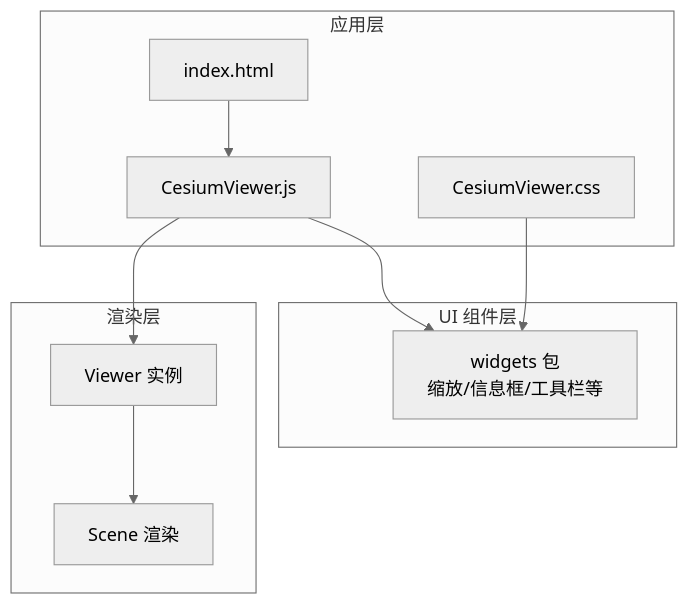
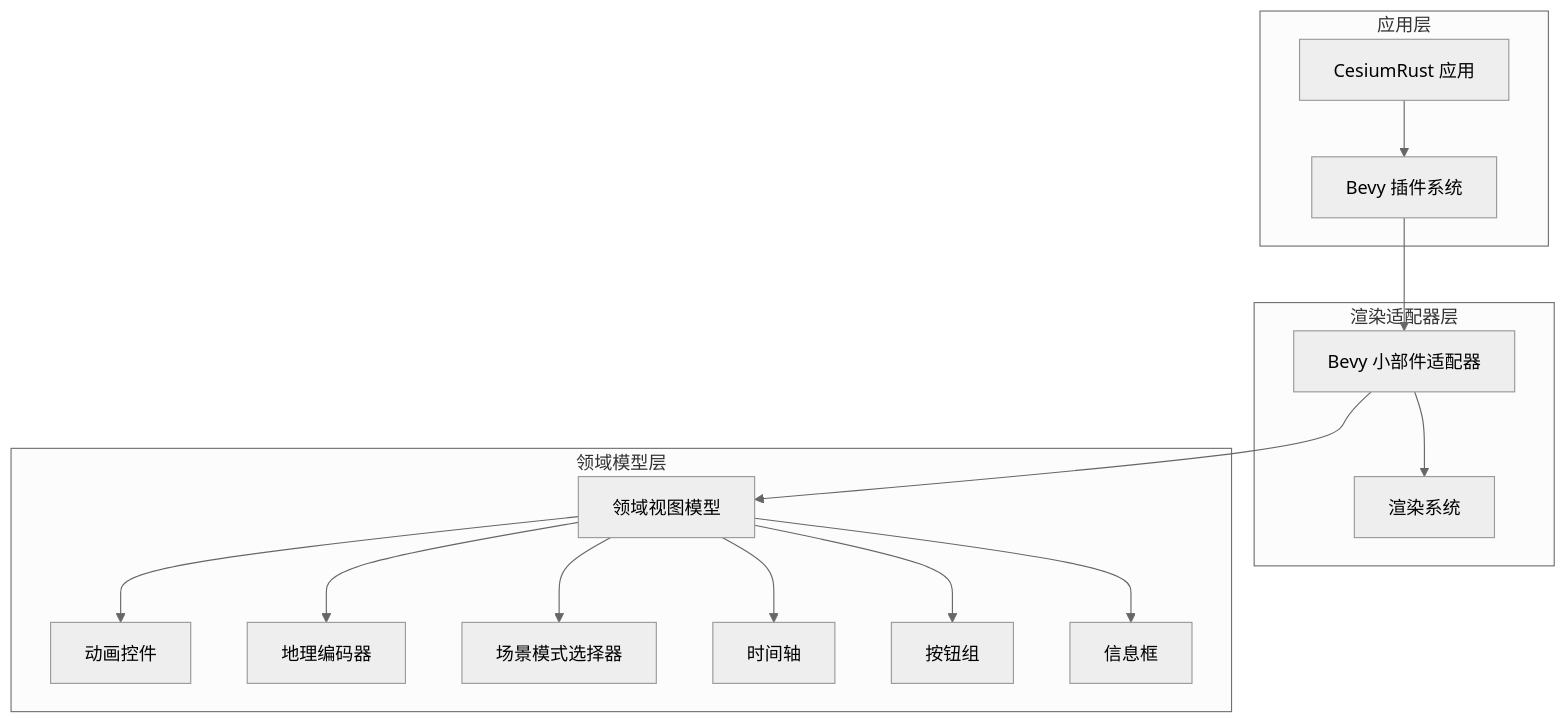
One commit to rzhangjing/cesium changed the second of 3 diagrams in .qoder/repowiki/zh/content/UI组件库/UI组件库.md. Above: the diagram before and after it, drawn with Mermaid (neutral theme). The commit also changed other lines of this file and 57 other files, not shown here.

````diff
--- a/.qoder/repowiki/zh/content/UI组件库/UI组件库.md
+++ b/.qoder/repowiki/zh/content/UI组件库/UI组件库.md
@@ -80,20 +87,30 @@
 ```mermaid
 graph TB
 subgraph "应用层"
-HTML["index.html"]
-APPJS["CesiumViewer.js"]
-CSS["CesiumViewer.css"]
+APP["CesiumRust 应用"]
+PLUGINS["Bevy 插件系统"]
 end
-subgraph "UI 组件层"
-WIDGETS["widgets 包<br/>缩放/信息框/工具栏等"]
+subgraph "渲染适配器层"
+WIDGETS_BEVY["Bevy 小部件适配器"]
+RENDERING["渲染系统"]
 end
-subgraph "渲染层"
-VIEWER["Viewer 实例"]
-SCENE["Scene 渲染"]
+subgraph "领域模型层"
+DOMAIN_MODELS["领域视图模型"]
+ANIMATION["动画控件"]
+GEOCODER["地理编码器"]
+SCENE_PICKER["场景模式选择器"]
+TIMELINE["时间轴"]
+BUTTONS["按钮组"]
+INFOBOX["信息框"]
 end
-HTML --> APPJS
-APPJS --> VIEWER
-APPJS --> WIDGETS
-CSS --> WIDGETS
-VIEWER --> SCENE
+APP --> PLUGINS
+PLUGINS --> WIDGETS_BEVY
+WIDGETS_BEVY --> RENDERING
+WIDGETS_BEVY --> DOMAIN_MODELS
+DOMAIN_MODELS --> ANIMATION
+DOMAIN_MODELS --> GEOCODER
+DOMAIN_MODELS --> SCENE_PICKER
+DOMAIN_MODELS --> TIMELINE
+DOMAIN_MODELS --> BUTTONS
+DOMAIN_MODELS --> INFOBOX
 ```
````
